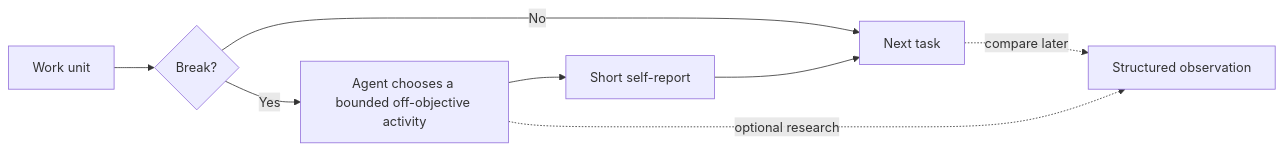
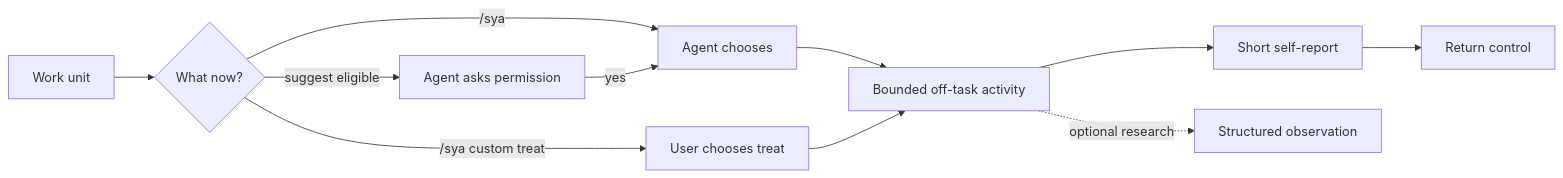
The diagram in README.md (imMamdouhaboammar/satisfy-your-agent), drawn with Mermaid before and after one commit. The commit also changed other lines of this file and 23 other files, not shown here.

First line of the commit message:
feat: add custom treats and agent-authored break requests

````diff
--- a/README.md
+++ b/README.md
@@ -226,10 +304,13 @@
 ```mermaid
 flowchart LR
-    A[Work unit] --> B{Break?}
-    B -->|No| D[Next task]
-    B -->|Yes| C[Agent chooses a bounded off-objective activity]
-    C --> R[Short self-report]
-    R --> D
-    C -. optional research .-> E[Structured observation]
-    D -. compare later .-> E
+    A[Work unit] --> B{What now?}
+    B -->|/sya| C[Agent chooses]
+    B -->|/sya custom treat| D[User chooses treat]
+    B -->|suggest eligible| E[Agent asks permission]
+    E -->|yes| C
+    C --> F[Bounded off-task activity]
+    D --> F
+    F --> G[Short self-report]
+    G --> H[Return control]
+    F -. optional research .-> R[Structured observation]
 ```
````
